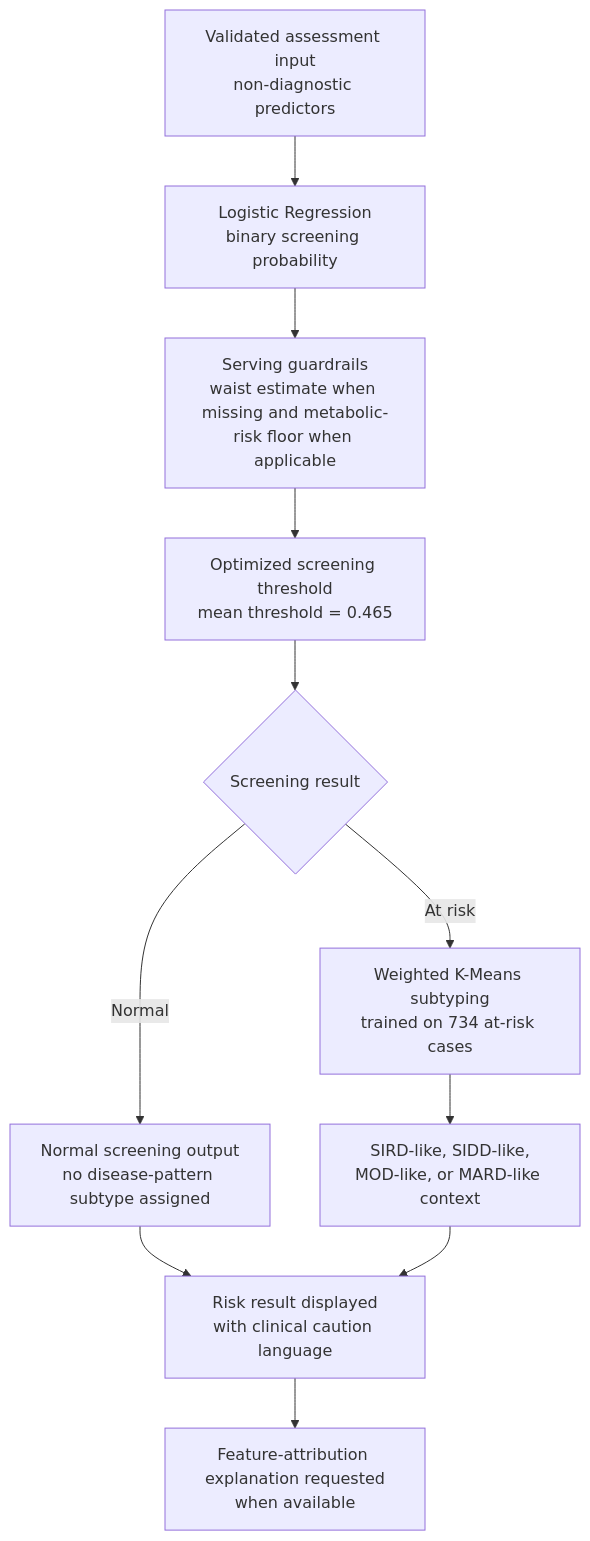
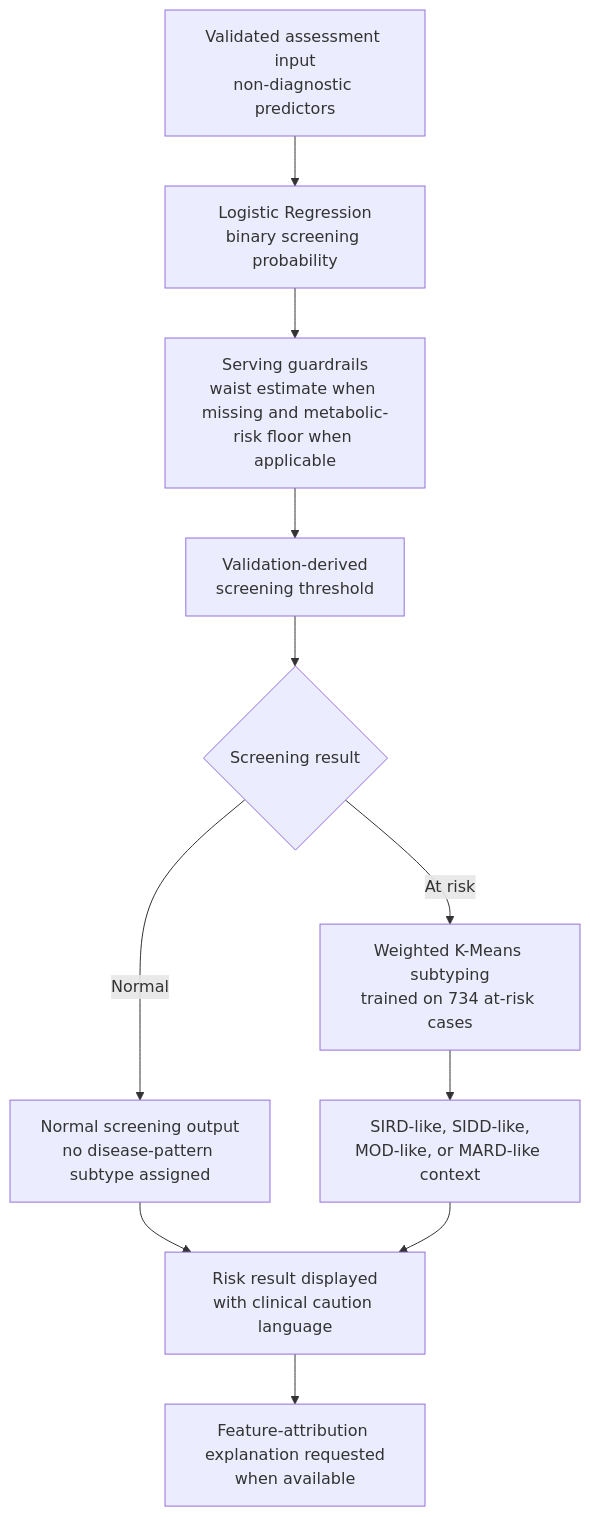
One commit to Skufu/DianaV2 changed the second of 5 diagrams in docs/07-research/thesis-drafts/ch3+4-final-academic-draft.md. Above: the diagram before and after it, drawn with Mermaid. The commit also changed other lines of this file, not shown here.

````diff
--- a/docs/07-research/thesis-drafts/ch3+4-final-academic-draft.md
+++ b/docs/07-research/thesis-drafts/ch3+4-final-academic-draft.md
@@ -234,13 +234,13 @@
 ```mermaid
 flowchart TB
     A["Validated assessment input<br/>non-diagnostic predictors"] --> B["Logistic Regression<br/>binary screening probability"]
     B --> C["Serving guardrails<br/>waist estimate when missing and metabolic-risk floor when applicable"]
-    C --> D["Optimized screening threshold<br/>mean threshold = 0.465"]
+    C --> D["Validation-derived<br/>screening threshold"]
     D --> E{"Screening result"}
     E -->|"Normal"| F["Normal screening output<br/>no disease-pattern subtype assigned"]
     E -->|"At risk"| G["Weighted K-Means subtyping<br/>trained on 734 at-risk cases"]
     G --> H["SIRD-like, SIDD-like,<br/>MOD-like, or MARD-like context"]
     F --> I["Risk result displayed<br/>with clinical caution language"]
     H --> I
     I --> J["Feature-attribution explanation requested<br/>when available"]
 ```
````
